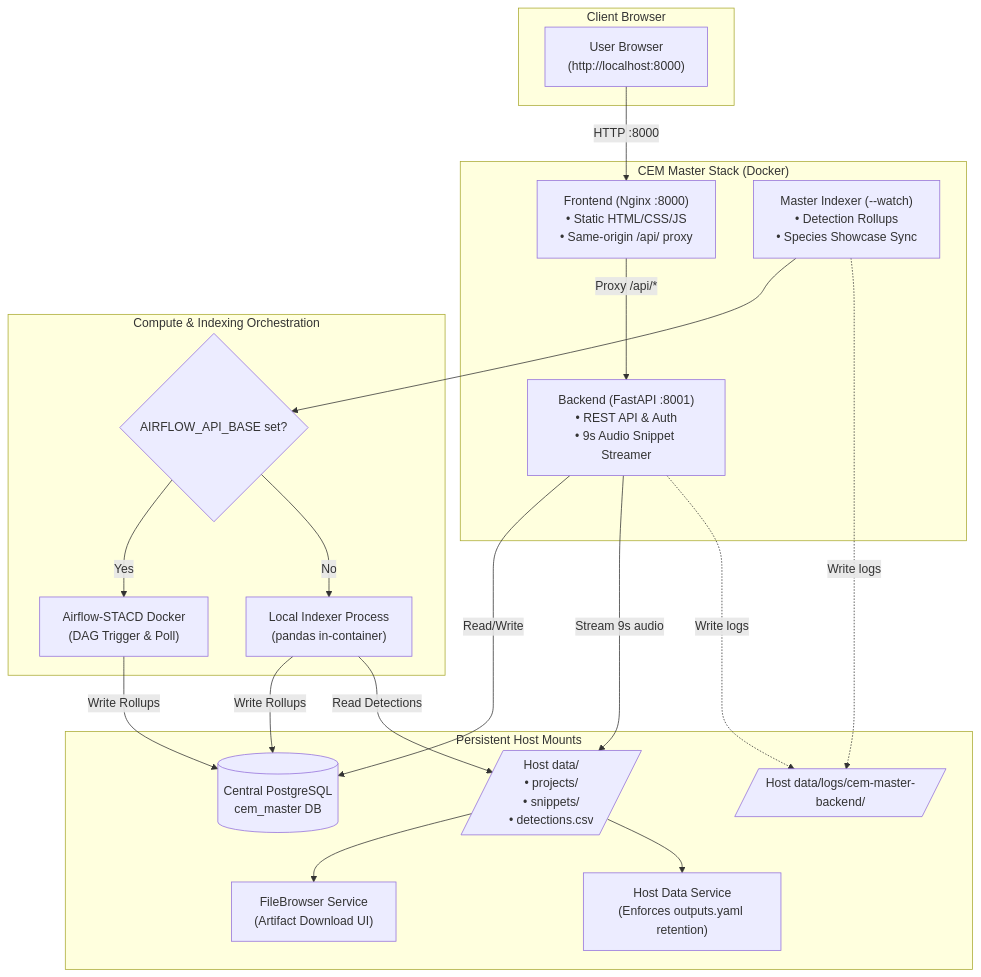
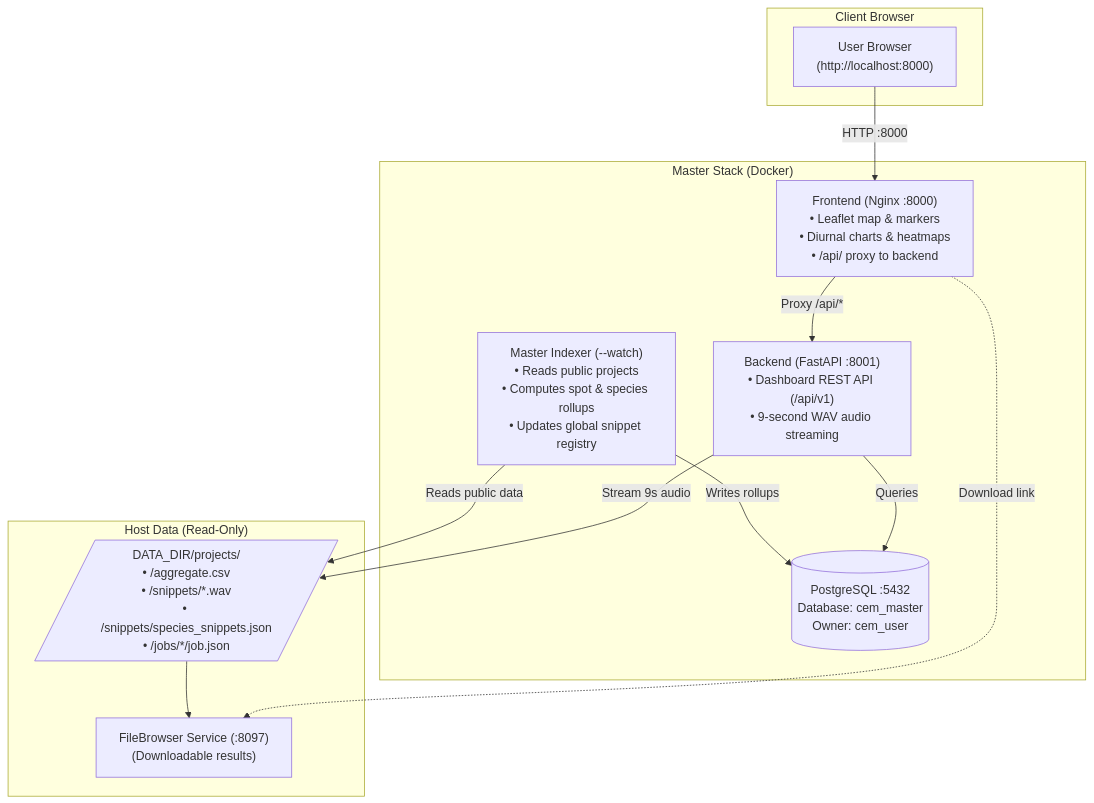
One commit to err400/cem-master-backend changed the diagram in README.md. Above: the diagram before and after it, drawn with Mermaid. The commit also changed other lines of this file, not shown here.

````diff
--- a/README.md
+++ b/README.md
@@ -91,44 +84,27 @@
 ```mermaid
 flowchart TD
     subgraph Client ["Client Browser"]
         Browser["User Browser<br/>(http://localhost:8000)"]
     end
 
-    subgraph AppStack ["CEM Master Stack (Docker)"]
-        Frontend["Frontend (Nginx :8000)<br/>• Static HTML/CSS/JS<br/>• Same-origin /api/ proxy"]
-        Backend["Backend (FastAPI :8001)<br/>• REST API & Auth<br/>• 9s Audio Snippet Streamer"]
-        Indexer["Master Indexer (--watch)<br/>• Detection Rollups<br/>• Species Showcase Sync"]
+    subgraph MasterStack ["Master Stack (Docker)"]
+        Frontend["Frontend (Nginx :8000)<br/>• Leaflet map & markers<br/>• Diurnal charts & heatmaps<br/>• /api/ proxy to backend"]
+        Backend["Backend (FastAPI :8001)<br/>• Dashboard REST API (/api/v1)<br/>• 9-second WAV audio streaming"]
+        Indexer["Master Indexer (--watch)<br/>• Reads public projects<br/>• Computes spot & species rollups<br/>• Updates global snippet registry"]
+        DB[(PostgreSQL :5432<br/>Database: cem_master<br/>Owner: cem_user)]
     end
 
-    subgraph ComputeChoice ["Compute & Indexing Orchestration"]
-        AirflowCheck{"AIRFLOW_API_BASE set?"}
-        Airflow["Airflow-STACD Docker<br/>(DAG Trigger & Poll)"]
-        LocalWorker["Local Indexer Process<br/>(pandas in-container)"]
-    end
-
-    subgraph Storage ["Persistent Host Mounts"]
-        CentralDB[(Central PostgreSQL<br/>cem_master DB)]
-        DataDir[/"Host data/<br/>• projects/<br/>• snippets/<br/>• detections.csv"/]
-        LogsDir[/"Host data/logs/cem-master-backend/"/]
-        FileBrowser["FileBrowser Service<br/>(Artifact Download UI)"]
-        HostDataService["Host Data Service<br/>(Enforces outputs.yaml retention)"]
+    subgraph Storage ["Host Data (Read-Only)"]
+        DataDir[/"DATA_DIR/projects/<br/>• <project>/aggregate.csv<br/>• <project>/snippets/*.wav<br/>• <project>/snippets/species_snippets.json<br/>• <project>/jobs/*/job.json"/]
+        FileBrowser["FileBrowser Service (:8097)<br/>(Downloadable results)"]
     end
 
     Browser -->|HTTP :8000| Frontend
     Frontend -->|Proxy /api/*| Backend
-    Backend -->|Read/Write| CentralDB
+    Backend -->|Queries| DB
     Backend -->|Stream 9s audio| DataDir
-
-    Indexer --> AirflowCheck
-    AirflowCheck -->|Yes| Airflow
-    AirflowCheck -->|No| LocalWorker
-    Airflow -->|Write Rollups| CentralDB
-    LocalWorker -->|Write Rollups| CentralDB
-    LocalWorker -->|Read Detections| DataDir
-
-    Backend -.->|Write logs| LogsDir
-    Indexer -.->|Write logs| LogsDir
-
+    Indexer -->|Reads public data| DataDir
+    Indexer -->|Writes rollups| DB
+    Frontend -.->|Download link| FileBrowser
     DataDir --> FileBrowser
-    DataDir --> HostDataService
 ```
````
